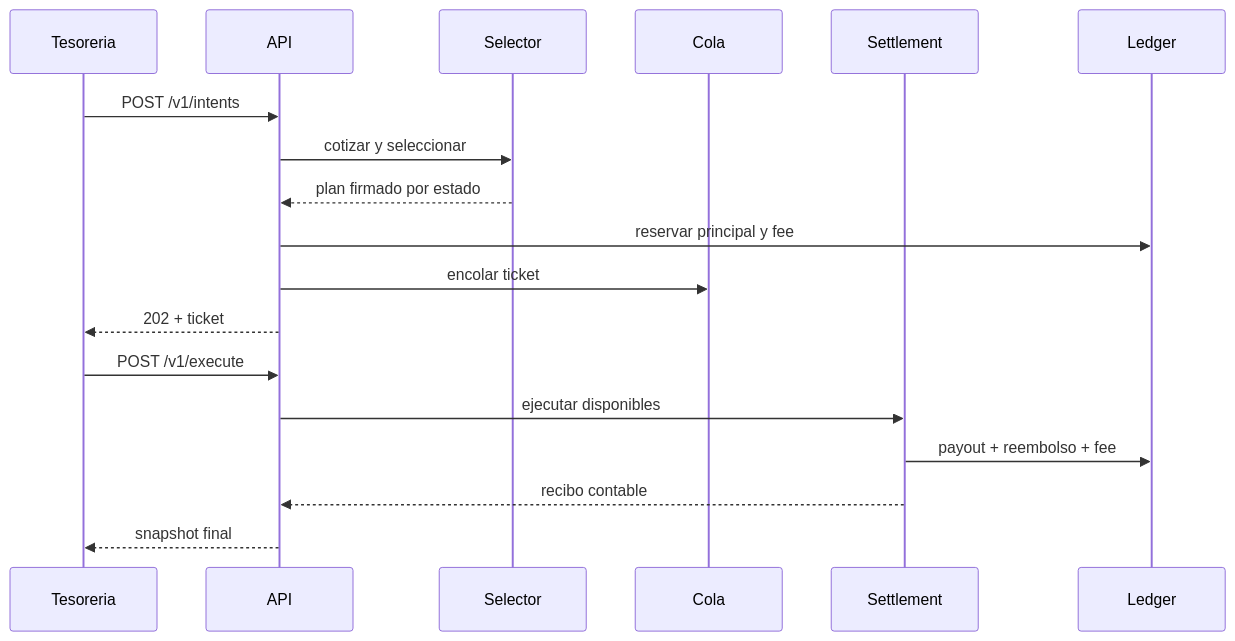
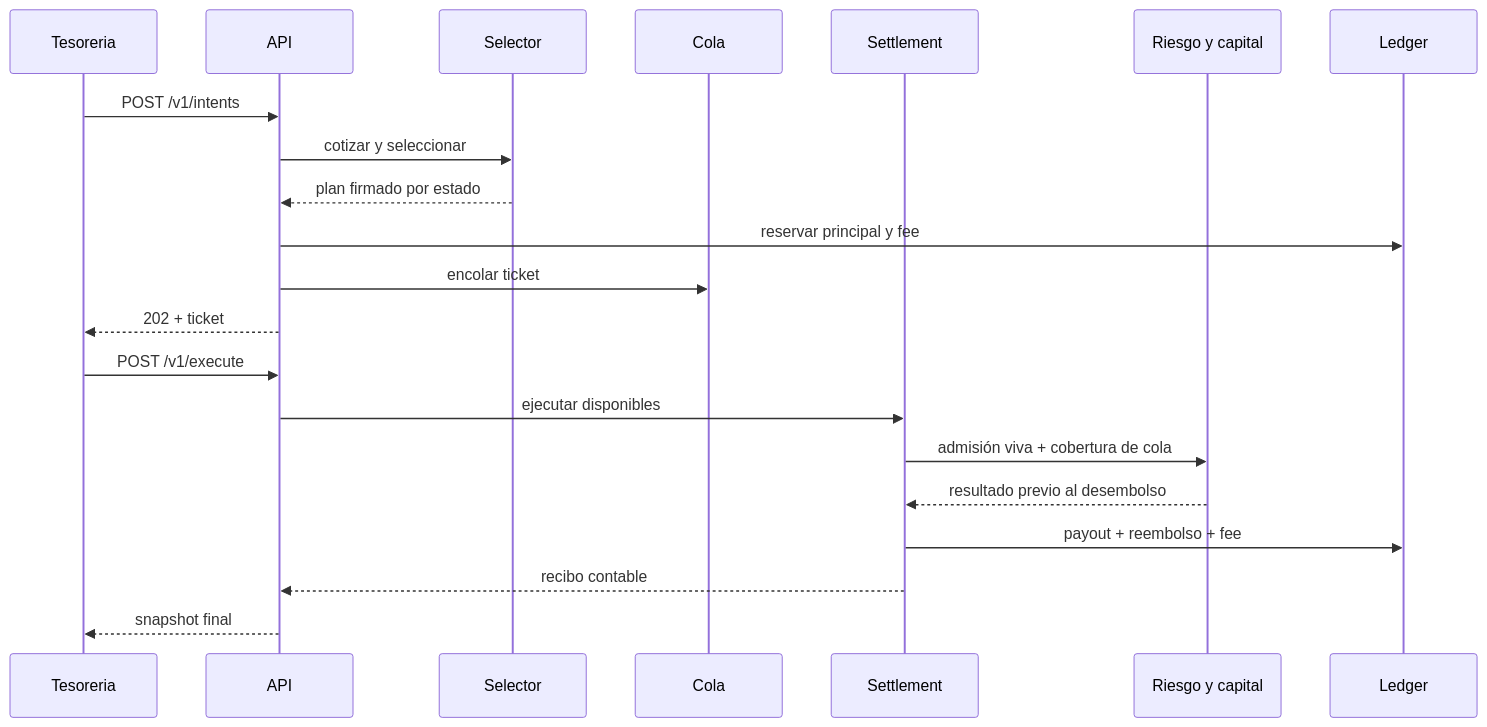
One commit to SolguardLabs/CompassDTL changed the second of 4 diagrams in README.md. Above: the diagram before and after it, drawn with Mermaid. The commit also changed other lines of this file and 17 other files, not shown here.

````diff
--- a/README.md
+++ b/README.md
@@ -46,20 +50,23 @@
 ```mermaid
 sequenceDiagram
     participant T as Tesoreria
     participant A as API
     participant S as Selector
     participant Q as Cola
     participant E as Settlement
+    participant R as Riesgo y capital
     participant L as Ledger
     T->>A: POST /v1/intents
     A->>S: cotizar y seleccionar
     S-->>A: plan firmado por estado
     A->>L: reservar principal y fee
     A->>Q: encolar ticket
     A-->>T: 202 + ticket
     T->>A: POST /v1/execute
     A->>E: ejecutar disponibles
+    E->>R: admisión viva + cobertura de cola
+    R-->>E: resultado previo al desembolso
     E->>L: payout + reembolso + fee
     E-->>A: recibo contable
     A-->>T: snapshot final
 ```
````
